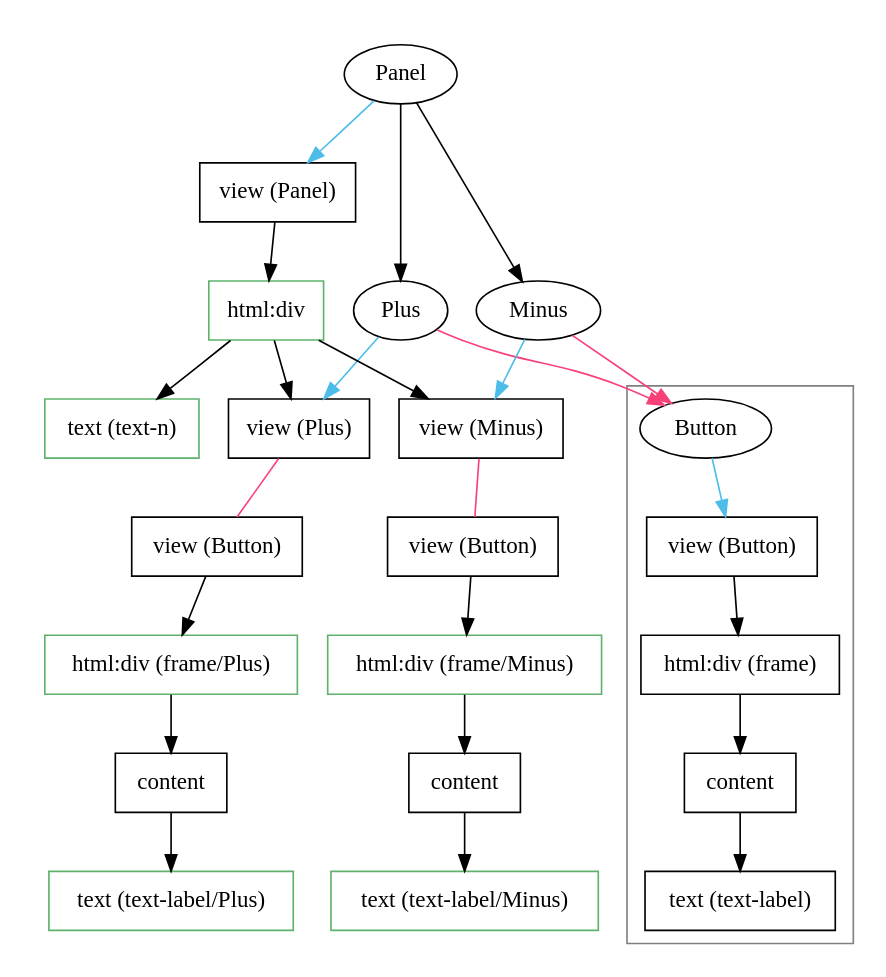
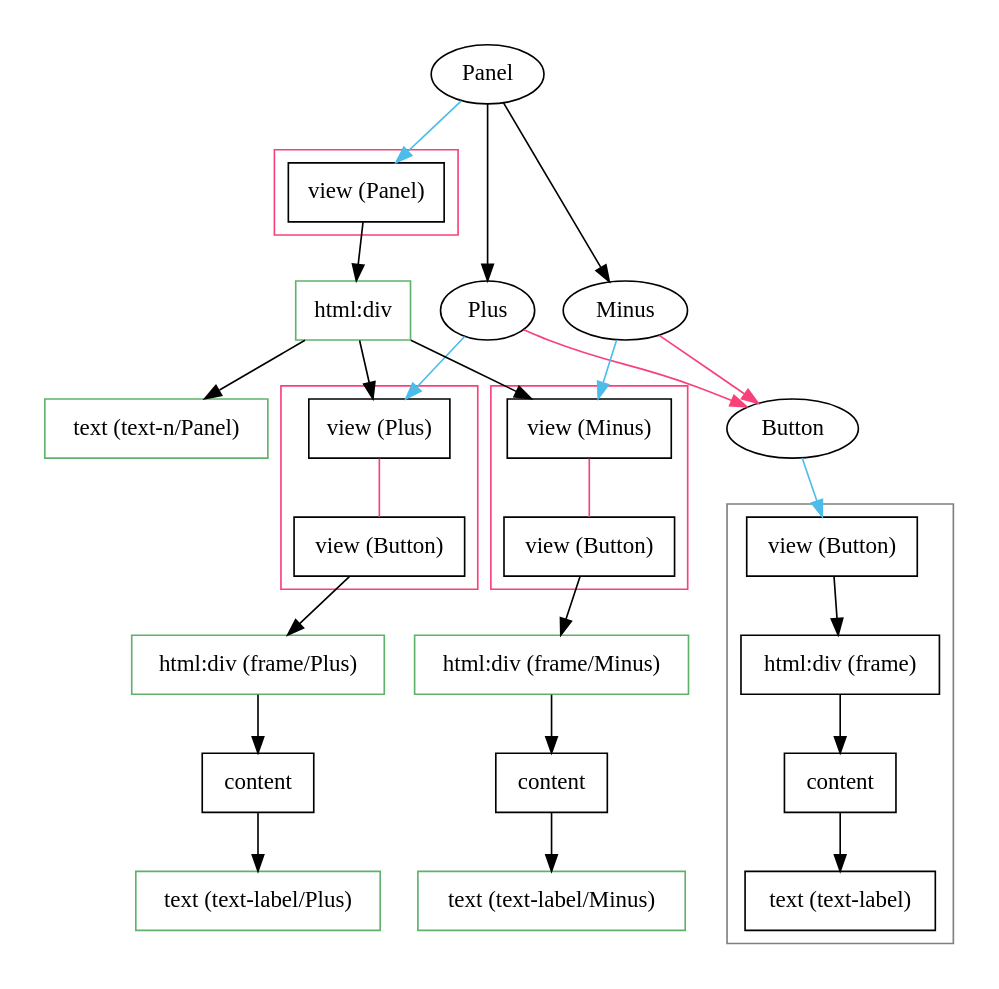
Before and after one commit to bendr/bender: the diagram in spec/fig/panel-runtime.gv, drawn with Graphviz. The commit also changed 12 other files, not shown here.

```diff
--- a/spec/fig/panel-runtime.gv
+++ b/spec/fig/panel-runtime.gv
@@ -1,70 +1,74 @@
 digraph panel {
   node [fontname="Avenir Next"];
   edge [fontname="Avenir Next"];
 
   subgraph cluster_panel {
     color="white";
     Panel [ordering=out]
     Panel -> vpanel [color="#4dbce9"]
     Panel -> Plus
     Panel -> Minus
 
     subgraph { rank=same; Plus; Minus }
+
+    subgraph cluster_panel_stack { color="#f94179"; vpanel; }
+    subgraph cluster_plus_stack { color="#f94179"; vplus; vbutton_; }
+    subgraph cluster_minus_stack { color="#f94179"; vminus; vbutton__; }
 
     div1 [label="html:div", shape=box, color="#5eb26b"]
     vpanel [label="view (Panel)", shape=box]
     vminus [label="view (Minus)", shape=box]
     vplus [label="view (Plus)", shape=box]
     vbutton_ [label="view (Button)", shape=box]
     frame_ [label="html:div (frame/Plus)", shape=box, color="#5eb26b"]
     content_ [label="content", shape=box]
     textlabel_ [label="text (text-label/Plus)", shape=box, color="#5eb26b"]
     vbutton__ [label="view (Button)", shape=box]
     frame__ [label="html:div (frame/Minus)", shape=box, color="#5eb26b"]
     content__ [label="content", shape=box]
     textlabel__ [label="text (text-label/Minus)", shape=box, color="#5eb26b"]
 
-    textn [label="text (text-n)", shape=box, color="#5eb26b"]
+    textn [label="text (text-n/Panel)", shape=box, color="#5eb26b"]
     vpanel -> div1
     div1 -> textn
     div1 -> vminus
     div1 -> vplus
 
     Plus -> vplus [color="#4dbce9"]
     Minus -> vminus [color="#4dbce9"]
+
 
     vplus -> vbutton_ [dir=none, color="#f94179"]
     vbutton_ -> frame_
     frame_ -> content_
     content_ -> textlabel_
 
     vminus -> vbutton__ [dir=none, color="#f94179"]
     vbutton__ -> frame__
     frame__ -> content__
     content__ -> textlabel__
 
-    // div1 -> frame_ [color="#5eb26b"]
-    // frame_ -> textlabel_ [color="#5eb26b"]
-    // div1 -> frame__ [color="#5eb26b"]
-    // frame__ -> textlabel__ [color="#5eb26b"]
-
   }
 
   Minus -> Button [color="#f94179"]
   Plus -> Button [color="#f94179"]
 
   subgraph cluster_button {
-    color="gray";
+    color=white;
+    Button -> vbutton [color="#4dbce9"]
 
-    Button -> vbutton [color="#4dbce9"]
-    vbutton [label="view (Button)", shape=box]
-    frame [label="html:div (frame)", shape=box]
-    content [shape=box]
-    textlabel [label="text (text-label)", shape=box]
-    vbutton -> frame
-    frame -> content
-    content -> textlabel
+    subgraph cluster_unrendered {
+      color="gray";
+
+      vbutton [label="view (Button)", shape=box]
+      frame [label="html:div (frame)", shape=box]
+      content [shape=box]
+      textlabel [label="text (text-label)", shape=box]
+      vbutton -> frame
+      frame -> content
+      content -> textlabel
+    }
 
   }
 
 }
```
